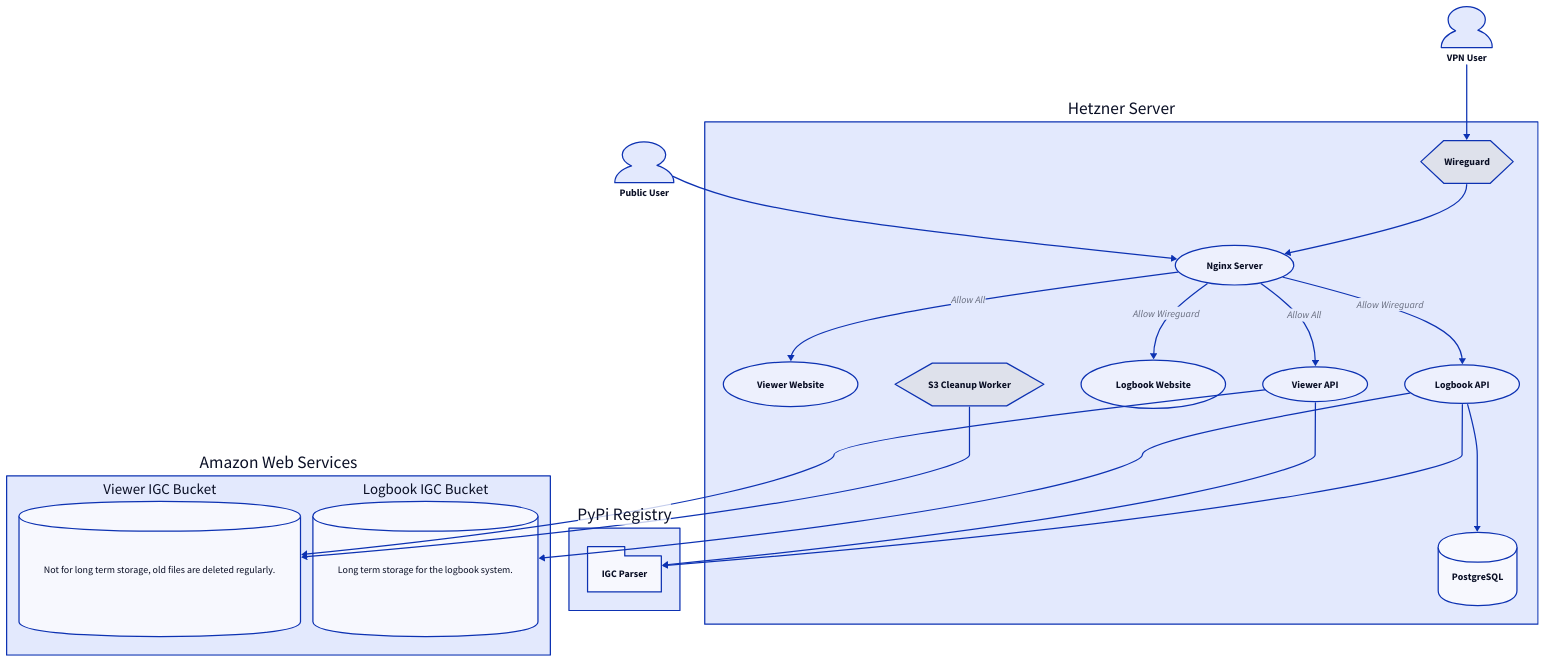
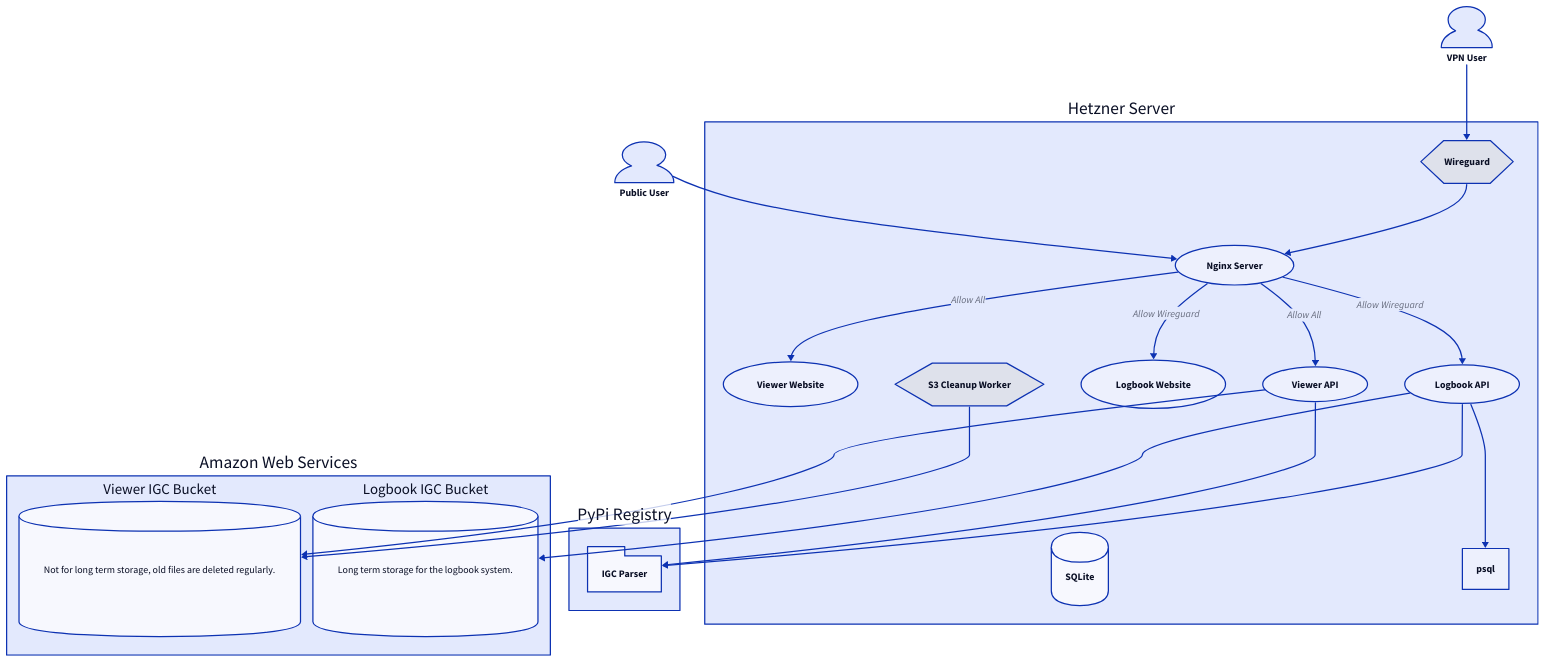
One commit to millarcalder/flightlog changed the diagram in architecture.d2. Above: the diagram before and after it, drawn with D2. The commit also changed 7 other files, not shown here.

```diff
--- a/architecture.d2
+++ b/architecture.d2
@@ -1,77 +1,77 @@
 # To build this diagram run the following command:
 # d2 architecture.d2 architecture.svg -t 300 --layout elk --sketch
 
 public_user: Public User {
   shape: person
 }
 wireguard_user: VPN User {
   shape: person
 }
 
 aws: Amazon Web Services {
   viewer_igc_bucket: Viewer IGC Bucket {
     shape: cylinder
 
     description: |md
       Not for long term storage, old files are deleted regularly.
     |
   }
 
   logbook_igc_bucket: Logbook IGC Bucket {
     shape: cylinder
 
     description: |md
       Long term storage for the logbook system.
     |
   }
 }
 
 pypi: PyPi Registry {
   igc_parser: IGC Parser {
     shape: package
   }
 }
 
 server: Hetzner Server {
   wireguard: Wireguard {
     shape: hexagon
   }
   nginx: Nginx Server {
     shape: oval
   }
   viewer_website: Viewer Website {
     shape: oval
   }
   viewer_api: Viewer API {
     shape: oval
   }
   logbook_website: Logbook Website {
     shape: oval
   }
   logbook_api: Logbook API {
     shape: oval
   }
   s3_cleanup_worker: S3 Cleanup Worker {
     shape: hexagon
   }
-  psql: PostgreSQL {
+  sqlite: SQLite {
     shape: cylinder
   }
 
   wireguard -> nginx
   nginx -> viewer_website: Allow All
   nginx -> logbook_website: Allow Wireguard
   nginx -> viewer_api: Allow All
   nginx -> logbook_api: Allow Wireguard
   logbook_api -> psql
 }
 
 public_user -> server.nginx
 wireguard_user -> server.wireguard
 
 server.logbook_api -> aws.logbook_igc_bucket
 server.s3_cleanup_worker -> aws.viewer_igc_bucket
 server.viewer_api -> aws.viewer_igc_bucket
 
 server.logbook_api -> pypi.igc_parser
 server.viewer_api -> pypi.igc_parser
```
